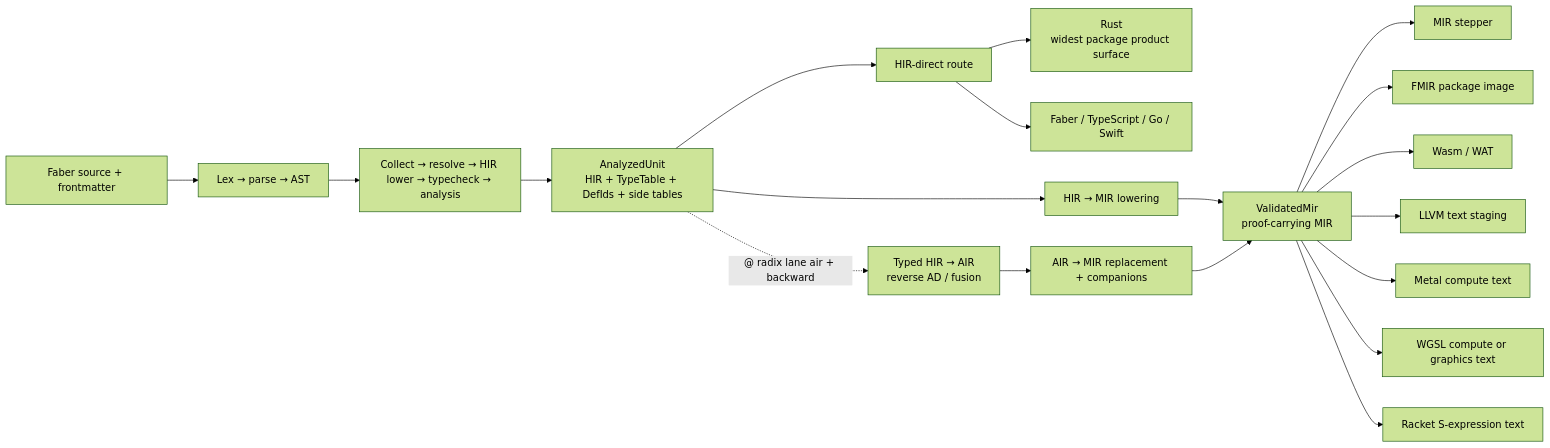
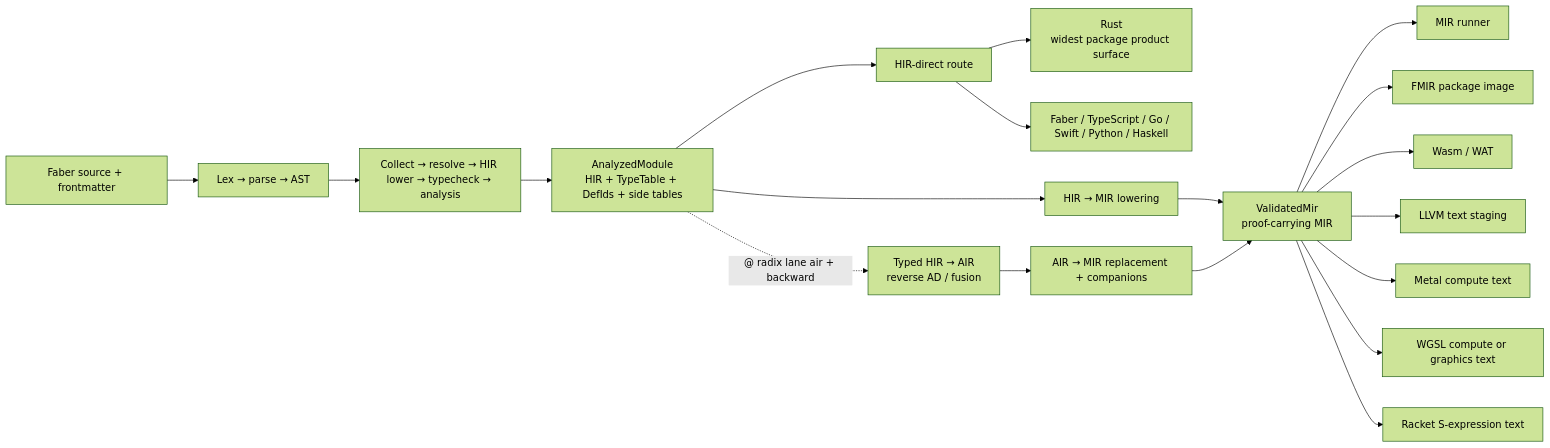
Before and after one commit to faberlang/faberlang.dev: the first of 10 diagrams in src/en-US/toolchain/radix.md, drawn with Mermaid (forest theme). The commit also changed other lines of this file and 49 other files, not shown here.

````diff
--- a/src/en-US/toolchain/radix.md
+++ b/src/en-US/toolchain/radix.md
@@ -102,24 +101,24 @@
 ```mermaid
 flowchart LR
     Source["Faber source + frontmatter"] --> Frontend["Lex → parse → AST"]
     Frontend --> Semantic["Collect → resolve → HIR lower → typecheck → analysis"]
-    Semantic --> Snapshot["AnalyzedUnit\nHIR + TypeTable + DefIds + side tables"]
+    Semantic --> Snapshot["AnalyzedModule\nHIR + TypeTable + DefIds + side tables"]
 
     Snapshot --> HIR["HIR-direct route"]
     HIR --> Rust["Rust\nwidest package product surface"]
-    HIR --> OtherHIR["Faber / TypeScript / Go / Swift"]
+    HIR --> OtherHIR["Faber / TypeScript / Go / Swift / Python / Haskell"]
 
     Snapshot --> MIRLower["HIR → MIR lowering"]
     MIRLower --> Validated["ValidatedMir\nproof-carrying MIR"]
-    Validated --> Stepper["MIR stepper"]
+    Validated --> Runner["MIR runner"]
     Validated --> FMIR["FMIR package image"]
     Validated --> Wasm["Wasm / WAT"]
     Validated --> LLVM["LLVM text staging"]
     Validated --> Metal["Metal compute text"]
     Validated --> WGSL["WGSL compute or graphics text"]
     Validated --> Sexp["Racket S-expression text"]
 
     Snapshot -. "@ radix lane air + backward" .-> AIR["Typed HIR → AIR\nreverse AD / fusion"]
     AIR --> AIRMIR["AIR → MIR replacement + companions"]
     AIRMIR --> Validated
 ```
````
